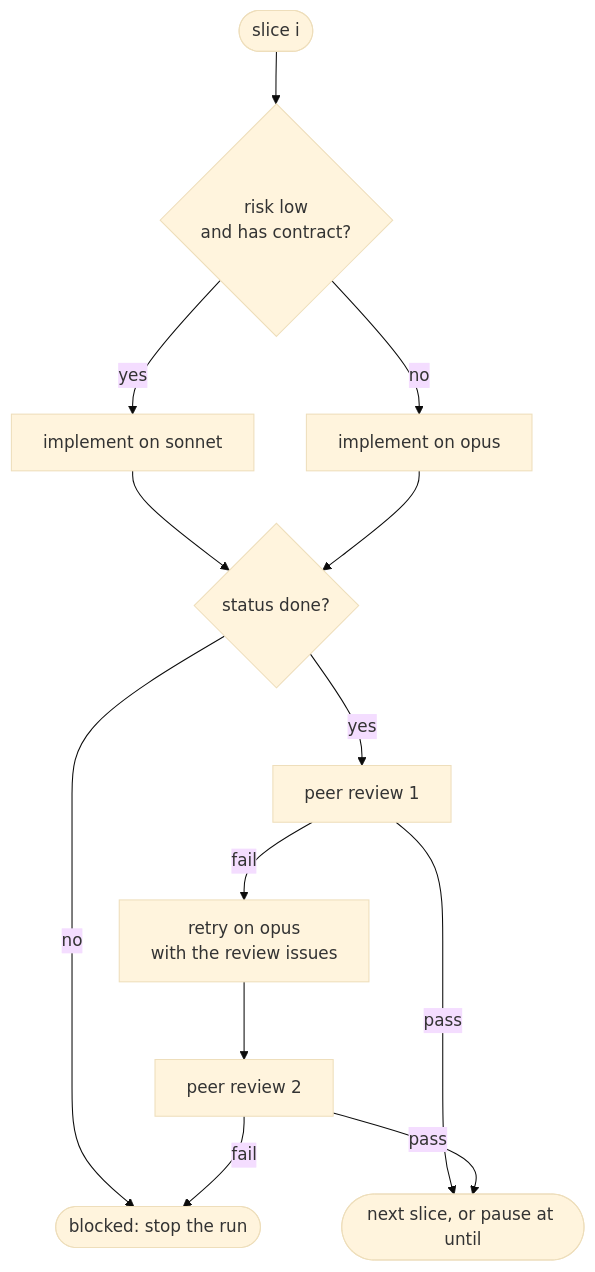
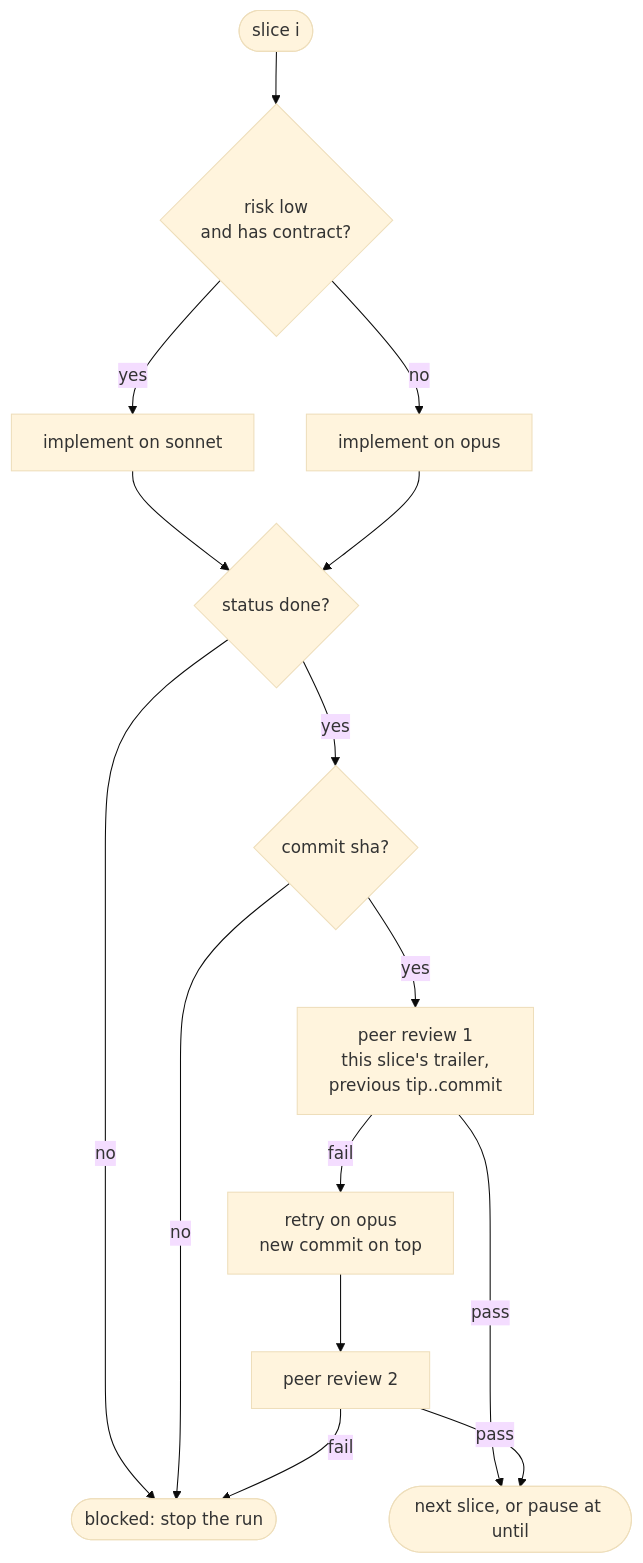
The second of 3 diagrams in .agents/claude/workflows/big-feature.md (Asgarrrr/dotfiles), drawn with Mermaid (base theme) before and after one commit. The commit also changed other lines of this file and 2 other files, not shown here.

First line of the commit message:
Commit each big-feature slice with run trailers

````diff
--- a/.agents/claude/workflows/big-feature.md
+++ b/.agents/claude/workflows/big-feature.md
@@ -75,15 +77,17 @@
 ```mermaid
 flowchart TD
     s([slice i]) --> pick{risk low<br/>and has contract?}
     pick -- yes --> sonnet[implement on sonnet]
     pick -- no --> opus[implement on opus]
     sonnet --> st{status done?}
     opus --> st
     st -- no --> blocked([blocked: stop the run])
-    st -- yes --> peer1[peer review 1]
+    st -- yes --> committed{commit sha?}
+    committed -- no --> blocked
+    committed -- yes --> peer1[peer review 1<br/>this slice's trailer,<br/>previous tip..commit]
     peer1 -- pass --> next([next slice, or pause at until])
-    peer1 -- fail --> retry[retry on opus<br/>with the review issues]
+    peer1 -- fail --> retry[retry on opus<br/>new commit on top]
     retry --> peer2[peer review 2]
     peer2 -- pass --> next
     peer2 -- fail --> blocked
 ```
````
